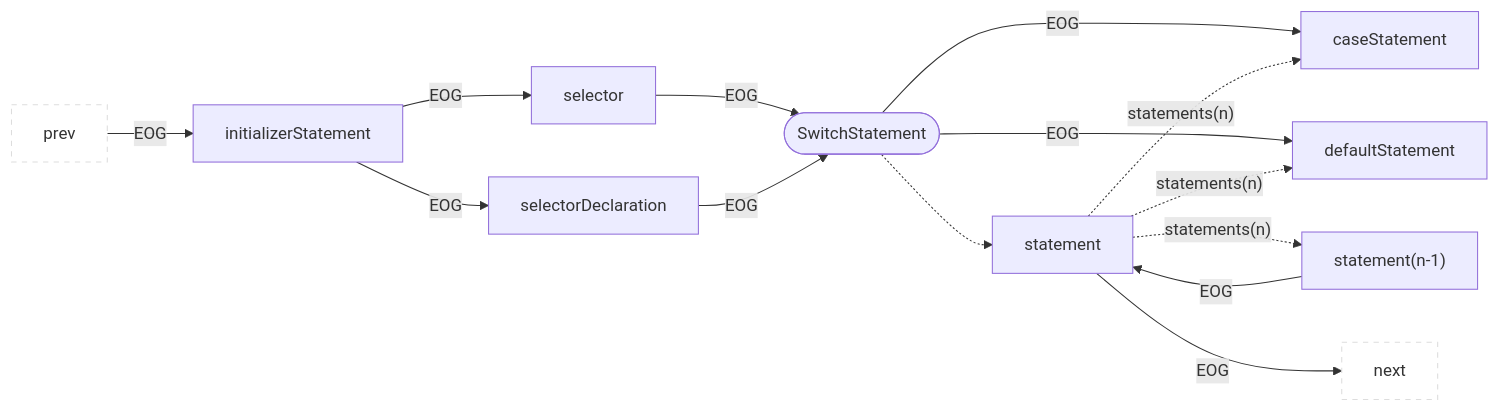
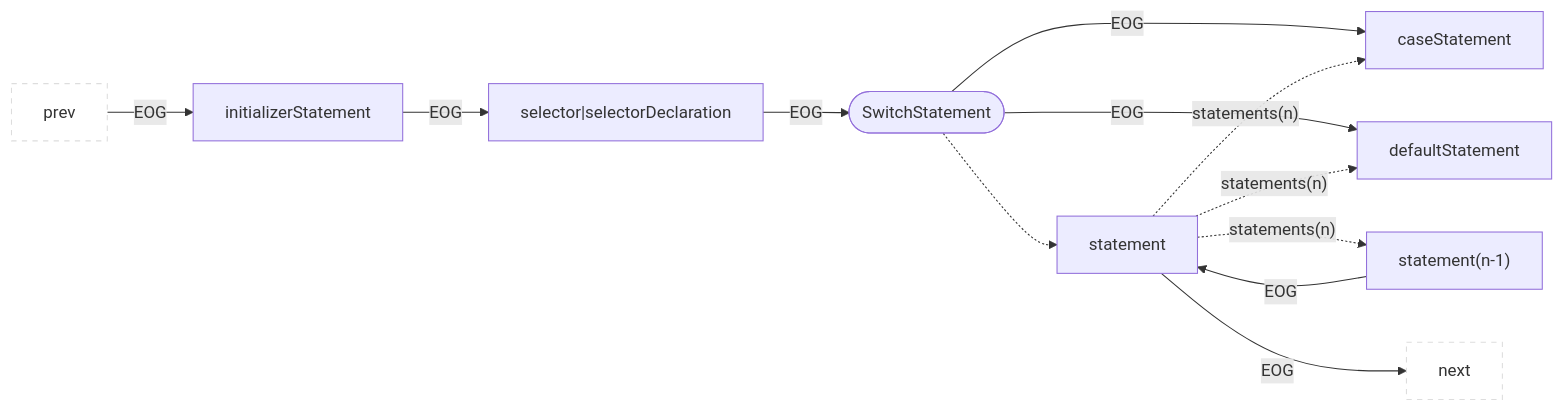
One commit to Fraunhofer-AISEC/cpg changed diagram 35 of 36 in cpg-core/specifications/eog.md. Above: the diagram before and after it, drawn with Mermaid. The commit also changed other lines of this file, not shown here.

````diff
--- a/cpg-core/specifications/eog.md
+++ b/cpg-core/specifications/eog.md
@@ -542,18 +592,16 @@
 ```mermaid
 flowchart LR
   classDef outer fill:#fff,stroke:#ddd,stroke-dasharray:5 5;
   prev:::outer --EOG--> child1["initializerStatement"]
-  child1 --EOG--> child2["selector"]
-  child1 --EOG--> child3["selectorDeclaration"]
+  child1 --EOG--> child2["selector|selectorDeclaration"]
   child2 --EOG--> parent
-  child3 --EOG--> parent
   parent(["SwitchStatement"]) --EOG--> child4["caseStatement"]
   parent --EOG--> child5["defaultStatement"]
   child7["statement(n-1)"] --EOG--> child6["statement"]
   parent -.->child6
   child6 -."statements(n)".-> child4
   child6 -."statements(n)".-> child5
   child6 -."statements(n)".-> child7
   child6 --EOG--> next:::outer
 
 ```
````
